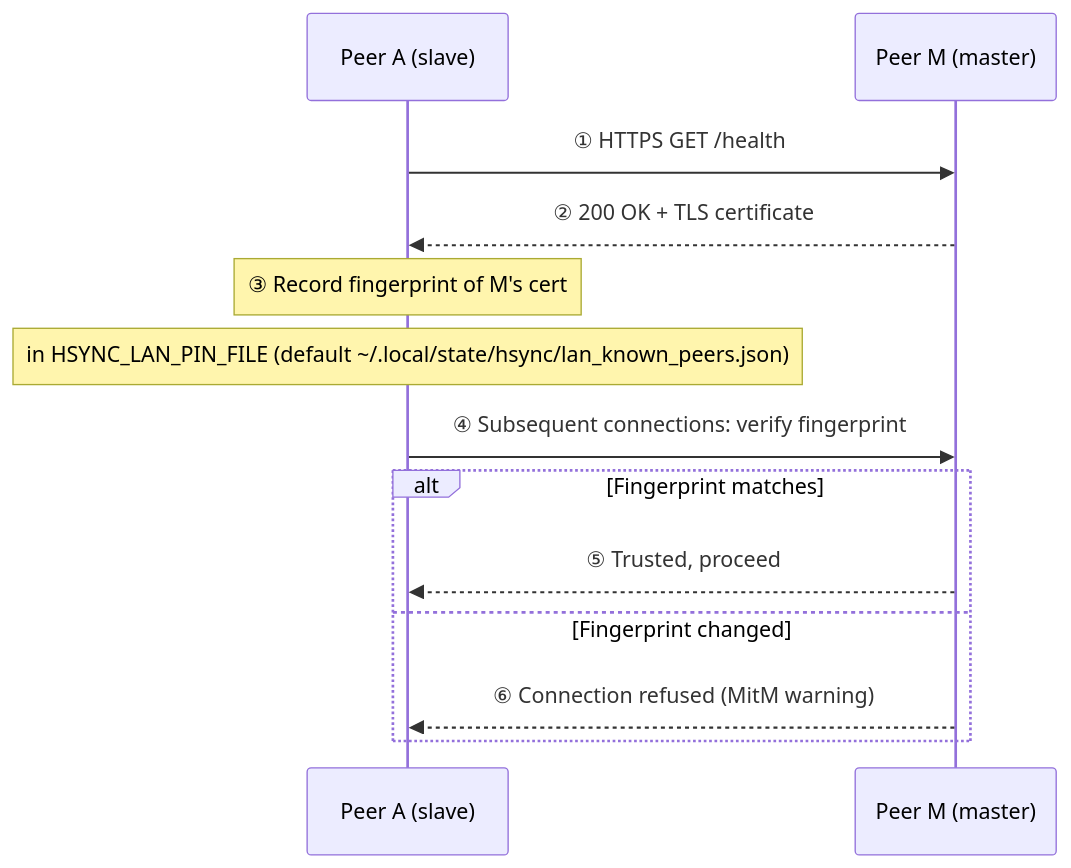
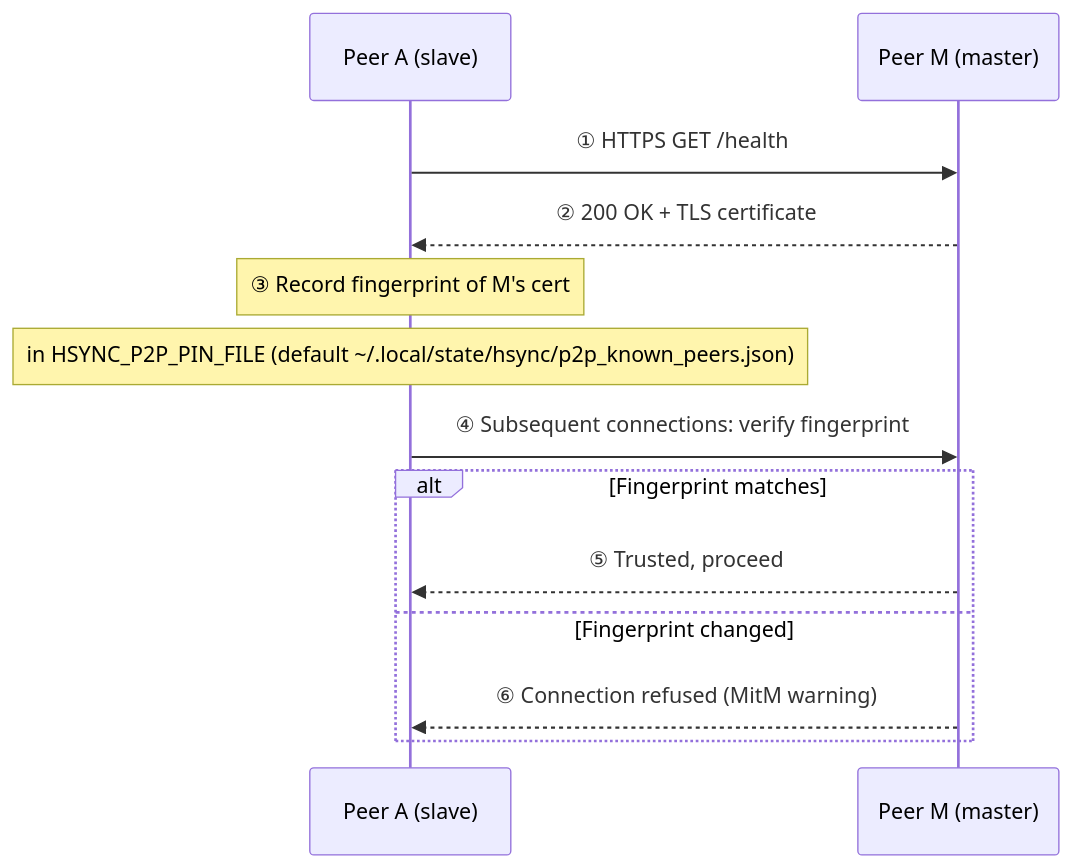
Before and after one commit to albertsdk/hsync-client: the third of 3 diagrams in docs/internal/developer.md, drawn with Mermaid. The commit also changed other lines of this file and 282 other files, not shown here.

````diff
--- a/docs/internal/developer.md
+++ b/docs/internal/developer.md
@@ -266,18 +266,18 @@
 ```mermaid
 sequenceDiagram
     participant A as Peer A (slave)
     participant M as Peer M (master)
 
     A->>M: ① HTTPS GET /health
     M-->>A: ② 200 OK + TLS certificate
 
     Note over A: ③ Record fingerprint of M's cert
-    Note over A:    in HSYNC_LAN_PIN_FILE (default ~/.local/state/hsync/lan_known_peers.json)
+    Note over A:    in HSYNC_P2P_PIN_FILE (default ~/.local/state/hsync/p2p_known_peers.json)
 
     A->>M: ④ Subsequent connections: verify fingerprint
     alt Fingerprint matches
         M-->>A: ⑤ Trusted, proceed
     else Fingerprint changed
         M-->>A: ⑥ Connection refused (MitM warning)
     end
 ```
````
